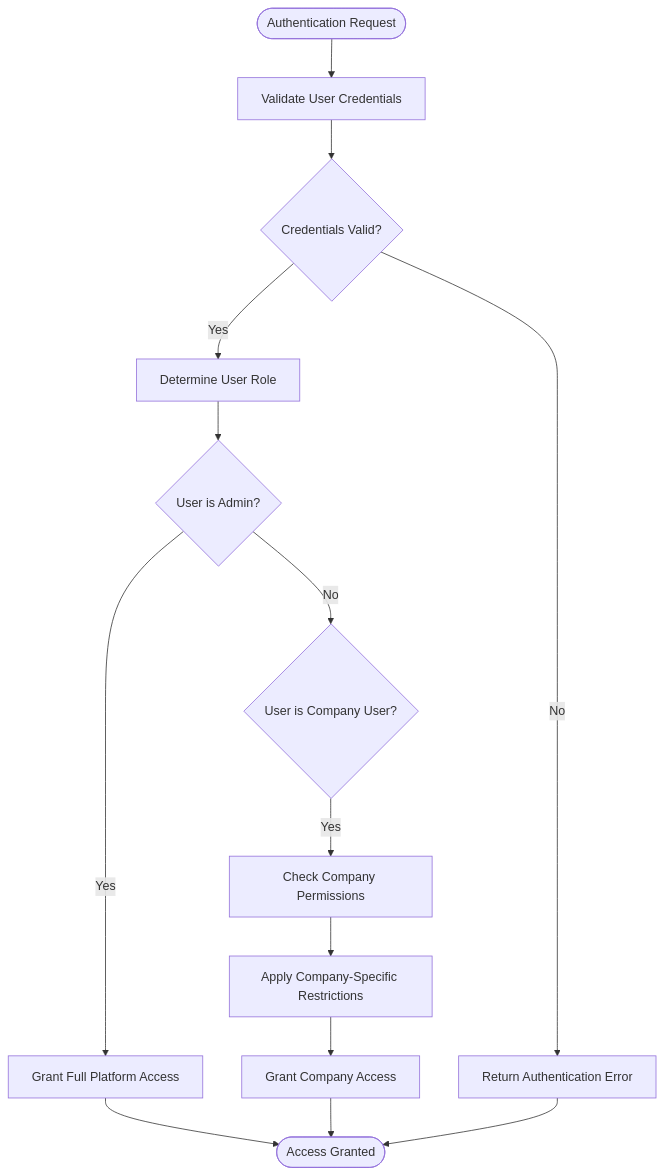
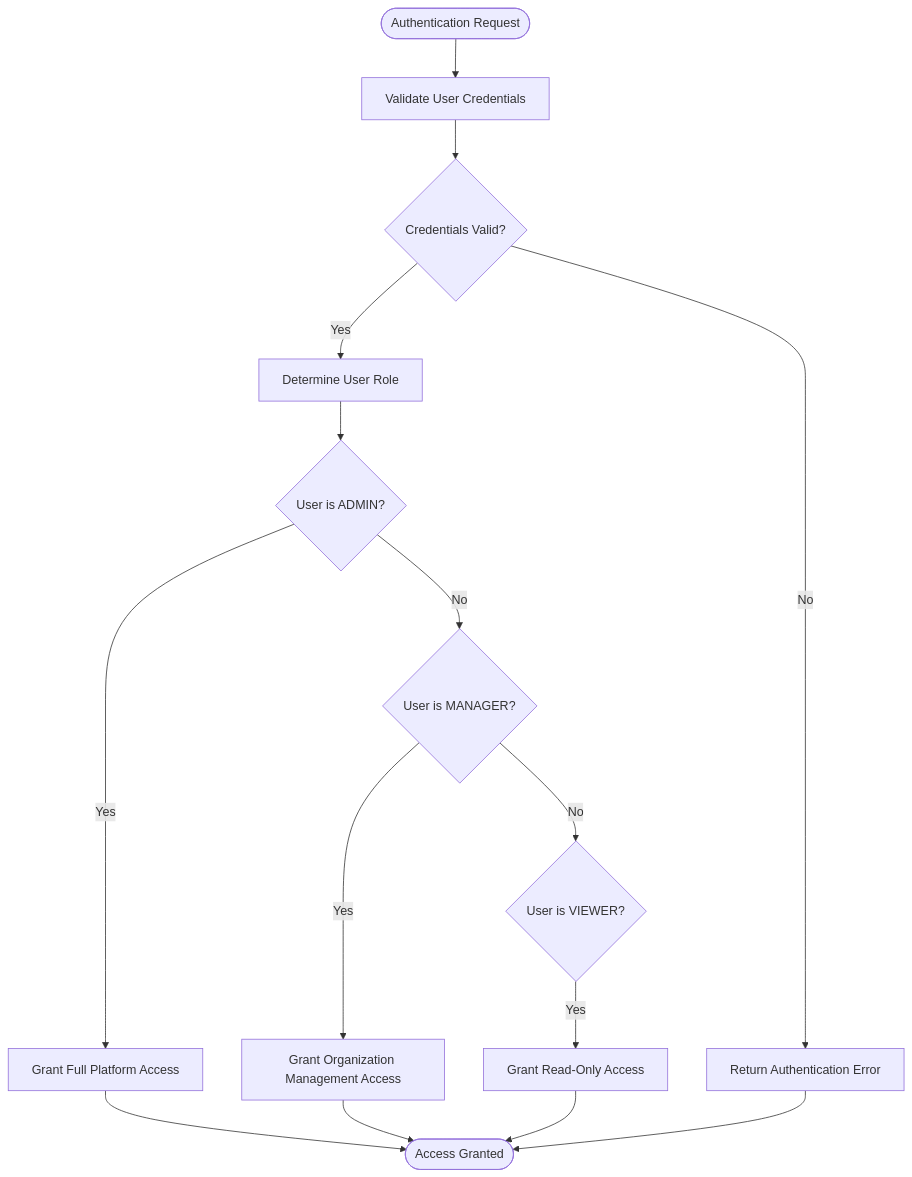
The fourth of 7 diagrams in .qoder/repowiki/en/content/Authentication & Authorization/Authentication & Authorization.md (fegerV/ARV), drawn with Mermaid before and after one commit. The commit also changed other lines of this file and 21 other files, not shown here.

````diff
--- a/.qoder/repowiki/en/content/Authentication & Authorization/Authentication & Authorization.md
+++ b/.qoder/repowiki/en/content/Authentication & Authorization/Authentication & Authorization.md
@@ -127,16 +179,17 @@
 ```mermaid
 flowchart TD
 Start([Authentication Request]) --> ValidateCredentials["Validate User Credentials"]
 ValidateCredentials --> CredentialsValid{"Credentials Valid?"}
 CredentialsValid --> |No| ReturnError["Return Authentication Error"]
 CredentialsValid --> |Yes| DetermineRole["Determine User Role"]
-DetermineRole --> AdminRole{"User is Admin?"}
+DetermineRole --> AdminRole{"User is ADMIN?"}
 AdminRole --> |Yes| GrantAdminAccess["Grant Full Platform Access"]
-AdminRole --> |No| CompanyUser{"User is Company User?"}
-CompanyUser --> |Yes| CheckCompanyPermissions["Check Company Permissions"]
-CheckCompanyPermissions --> ApplyCompanyRestrictions["Apply Company-Specific Restrictions"]
-ApplyCompanyRestrictions --> GrantCompanyAccess["Grant Company Access"]
+AdminRole --> |No| ManagerRole{"User is MANAGER?"}
+ManagerRole --> |Yes| GrantManagerAccess["Grant Organization Management Access"]
+ManagerRole --> |No| ViewerRole{"User is VIEWER?"}
+ViewerRole --> |Yes| GrantViewerAccess["Grant Read-Only Access"]
 GrantAdminAccess --> End([Access Granted])
-GrantCompanyAccess --> End
+GrantManagerAccess --> End
+GrantViewerAccess --> End
 ReturnError --> End
 ```
````
